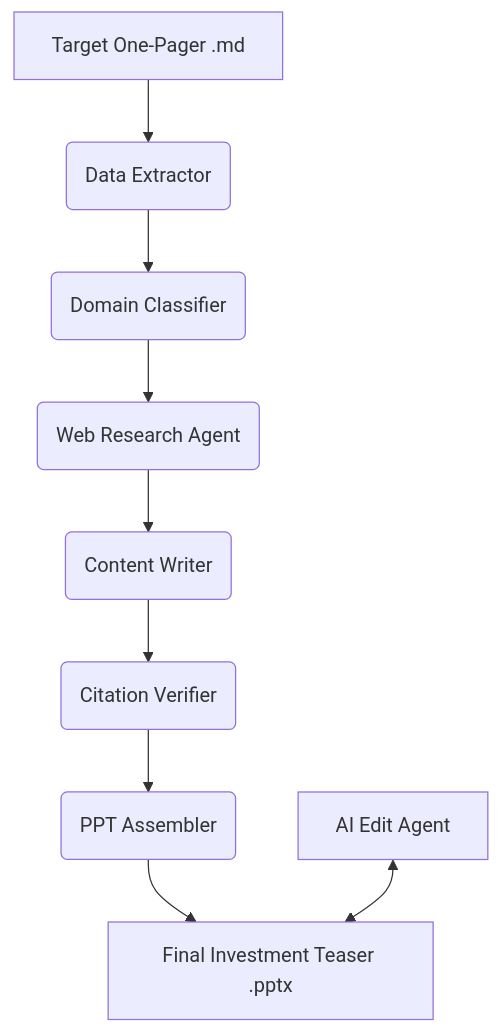
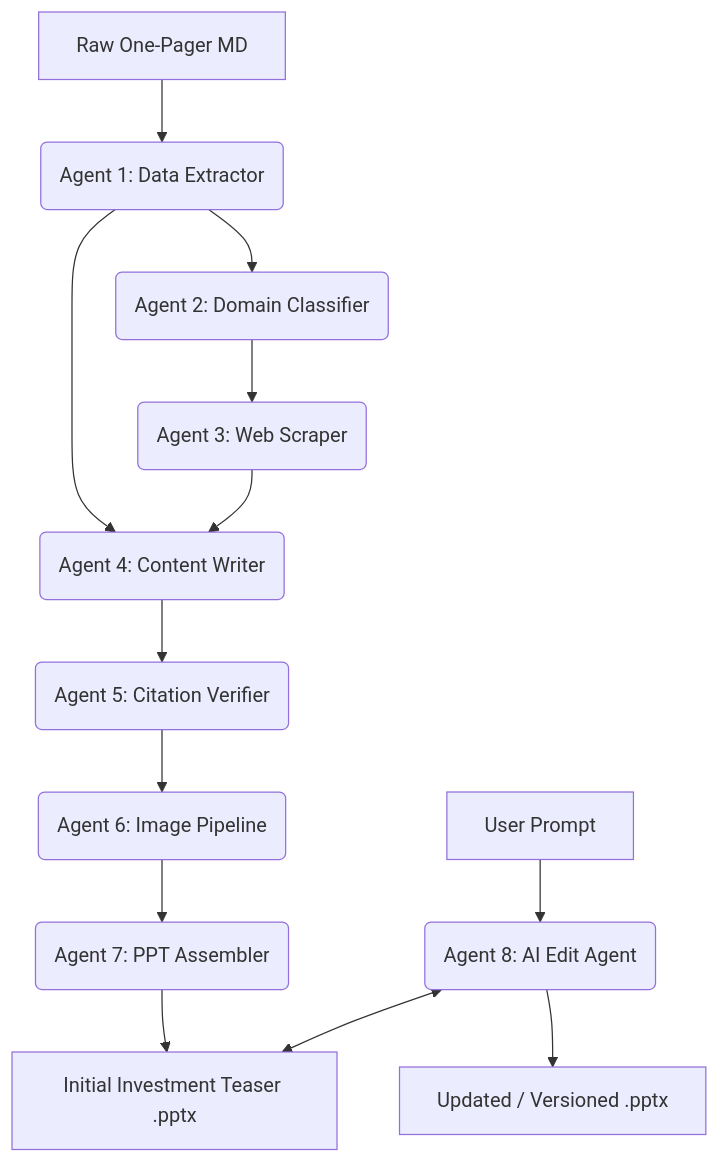
Before and after one commit to D3vil-coder/Investment-Teaser-Pipeline: the diagram in kelp_ma_automation/README.md, drawn with Mermaid. The commit also changed other lines of this file and 12 other files, not shown here.

````diff
--- a/kelp_ma_automation/README.md
+++ b/kelp_ma_automation/README.md
@@ -20,11 +31,15 @@
 ```mermaid
 graph TD
-    A[Target One-Pager .md] --> B(Data Extractor)
-    B --> C(Domain Classifier)
-    C --> D(Web Research Agent)
-    D --> E(Content Writer)
-    E --> F(Citation Verifier)
-    F --> G(PPT Assembler)
-    G --> H[Final Investment Teaser .pptx]
-    I[AI Edit Agent] <--> H
+    A[Raw One-Pager MD] --> B(Agent 1: Data Extractor)
+    B --> C(Agent 2: Domain Classifier)
+    C --> D(Agent 3: Web Scraper)
+    B --> E(Agent 4: Content Writer)
+    D --> E
+    E --> F(Agent 5: Citation Verifier)
+    F --> G(Agent 6: Image Pipeline)
+    G --> H(Agent 7: PPT Assembler)
+    H --> I[Initial Investment Teaser .pptx]
+    J[User Prompt] --> K(Agent 8: AI Edit Agent)
+    K <--> I
+    K --> L[Updated / Versioned .pptx]
 ```
````
